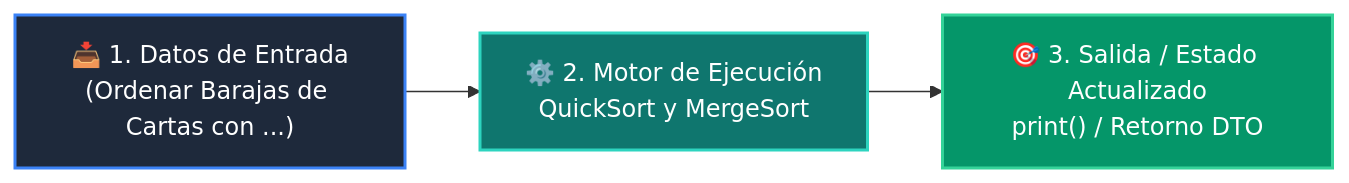
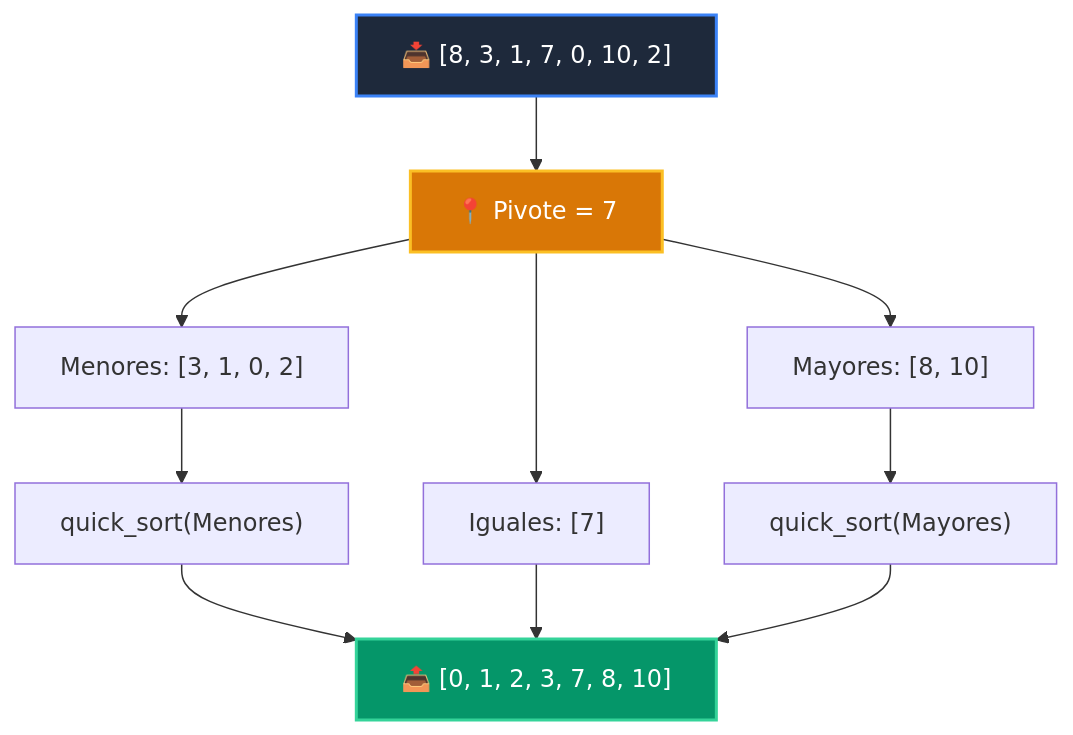
One commit to wisrovi/wisrovi-python changed the diagram in docs/curso-02/clase-05.md. Above: the diagram before and after it, drawn with Mermaid. The commit also changed other lines of this file and 52 other files, not shown here.

````diff
--- a/docs/curso-02/clase-05.md
+++ b/docs/curso-02/clase-05.md
@@ -38,9 +37,13 @@
 ```mermaid
-flowchart LR
-    IN["📥 1. Datos de Entrada<br/>(Ordenar Barajas de Cartas con ...)"] --> ENG["⚙️ 2. Motor de Ejecución<br/>QuickSort y MergeSort"]
-    ENG --> OUT["🎯 3. Salida / Estado Actualizado<br/>print() / Retorno DTO"]
-
-    style IN fill:#1e293b,color:#ffffff,stroke:#3b82f6,stroke-width:2px
-    style ENG fill:#0f766e,color:#ffffff,stroke:#2dd4bf,stroke-width:2px
-    style OUT fill:#059669,color:#ffffff,stroke:#34d399,stroke-width:2px
+flowchart TD
+    A["📥 [8, 3, 1, 7, 0, 10, 2]"] --> B["📍 Pivote = 7"]
+    B --> C["Menores: [3, 1, 0, 2]"]
+    B --> D["Iguales: [7]"]
+    B --> E["Mayores: [8, 10]"]
+    C --> F["quick_sort(Menores)"]
+    E --> G["quick_sort(Mayores)"]
+    F & D & G --> H["📤 [0, 1, 2, 3, 7, 8, 10]"]
+    style A fill:#1e293b,color:#ffffff,stroke:#3b82f6,stroke-width:2px
+    style B fill:#d97706,color:#ffffff,stroke:#fbbf24,stroke-width:2px
+    style H fill:#059669,color:#ffffff,stroke:#34d399,stroke-width:2px
 ```
````
